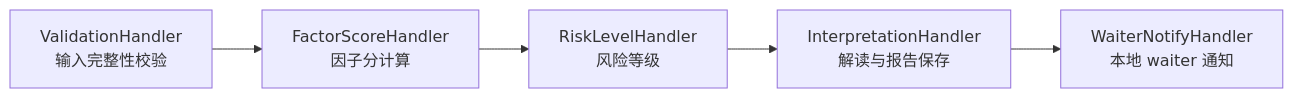
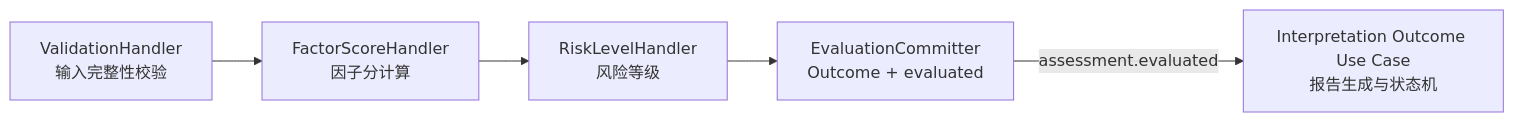
One commit to FangcunMount/qs-server changed the fifth of 6 diagrams in docs/00-总览/03-核心业务链路.md. Above: the diagram before and after it, drawn with Mermaid. The commit also changed other lines of this file and 47 other files, not shown here.

````diff
--- a/docs/00-总览/03-核心业务链路.md
+++ b/docs/00-总览/03-核心业务链路.md
@@ -277,10 +277,10 @@
 ```mermaid
 flowchart LR
     v[ValidationHandler<br/>输入完整性校验]
     f[FactorScoreHandler<br/>因子分计算]
     r[RiskLevelHandler<br/>风险等级]
-    i[InterpretationHandler<br/>解读与报告保存]
-    w[WaiterNotifyHandler<br/>本地 waiter 通知]
+    e[EvaluationCommitter<br/>Outcome + evaluated]
+    i[Interpretation Outcome Use Case<br/>报告生成与状态机]
 
-    v --> f --> r --> i --> w
+	    v --> f --> r --> e -->|assessment.evaluated| i
 ```
````
